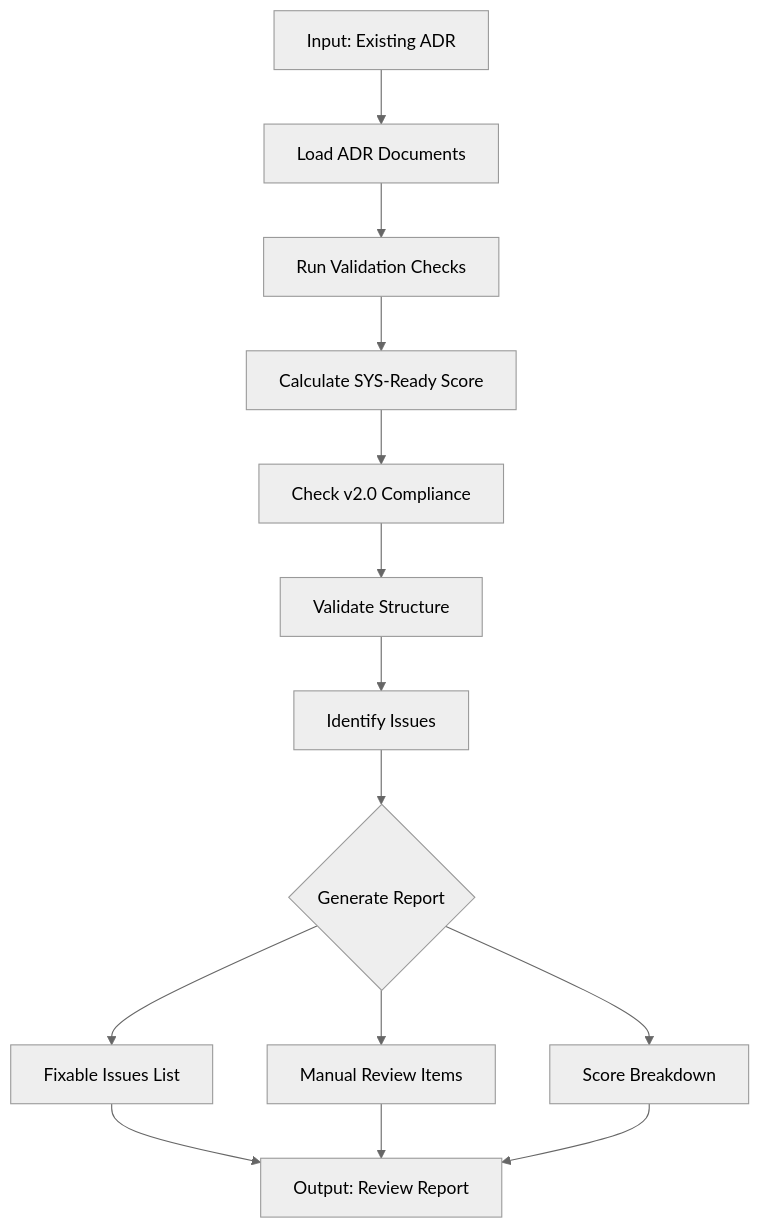
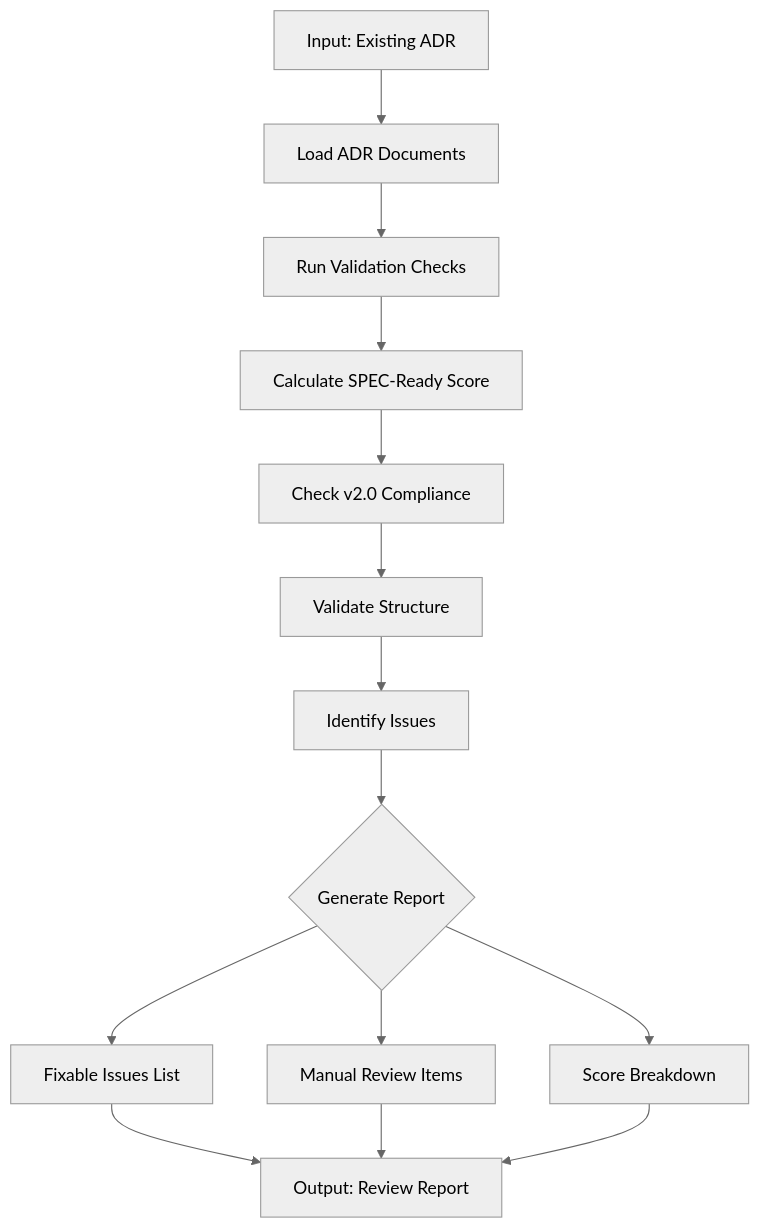
The third of 4 diagrams in platforms/claude-code-plugin/skills/doc-adr-autopilot/SKILL.md (vladm3105/aidoc-flow-framework), drawn with Mermaid (neutral theme) before and after one commit. The commit also changed other lines of this file and 19 other files, not shown here.

````diff
--- a/platforms/claude-code-plugin/skills/doc-adr-autopilot/SKILL.md
+++ b/platforms/claude-code-plugin/skills/doc-adr-autopilot/SKILL.md
@@ -901,16 +895,16 @@
 ```mermaid
 flowchart TD
     A[Input: Existing ADR] --> B[Load ADR Documents]
     B --> C[Run Validation Checks]
-    C --> D[Calculate SYS-Ready Score]
+    C --> D[Calculate SPEC-Ready Score]
     D --> E[Check v2.0 Compliance]
     E --> F[Validate Structure]
     F --> G[Identify Issues]
     G --> H{Generate Report}
     H --> I[Fixable Issues List]
     H --> J[Manual Review Items]
     H --> K[Score Breakdown]
     I --> L[Output: Review Report]
     J --> L
     K --> L
 ```
````
